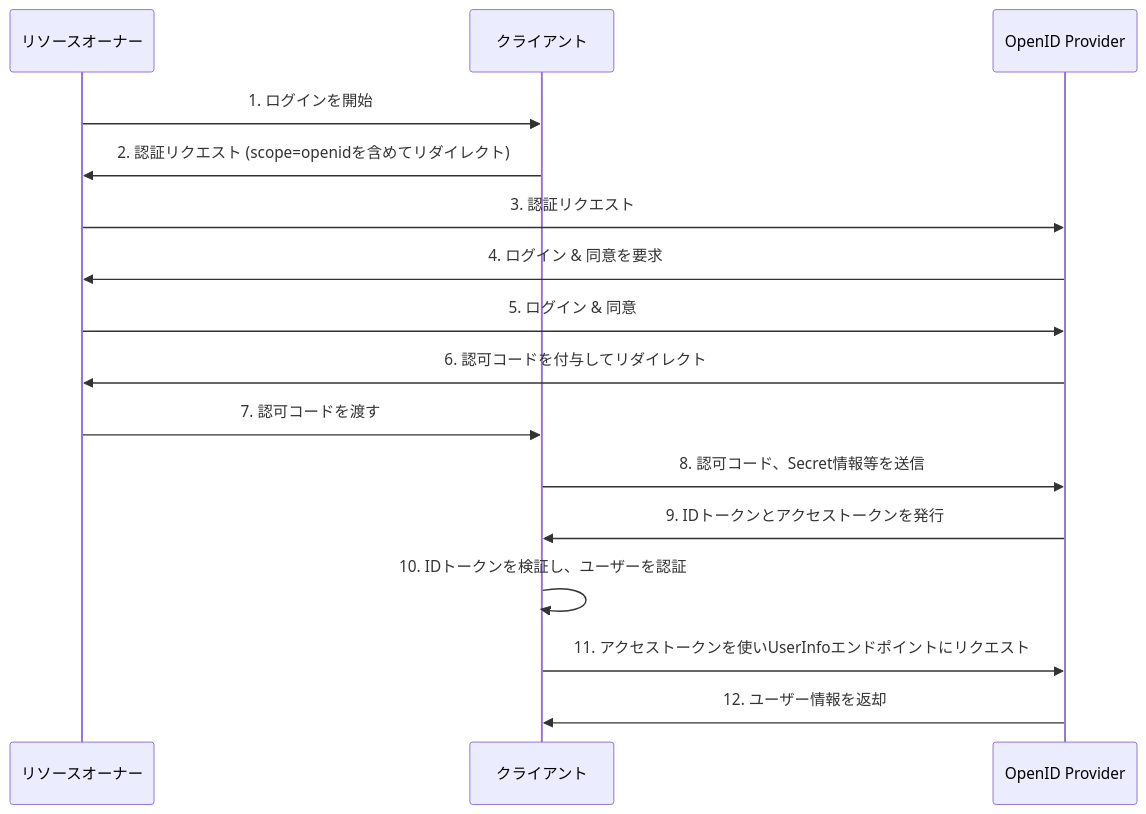
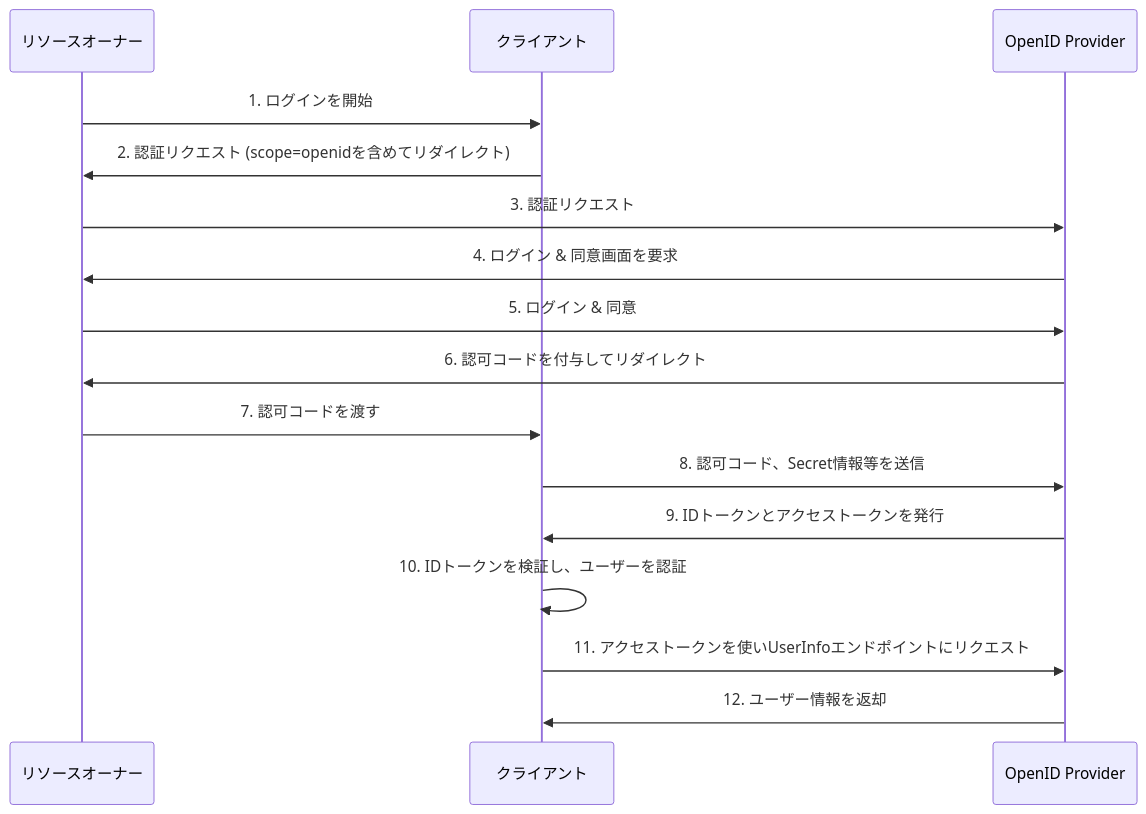
The diagram in 2025-11-05-auth/oidc.md (rikeda-cloud/po_study_group), drawn with Mermaid before and after one commit. The commit also changed other lines of this file and 1 other file, not shown here.

````diff
--- a/2025-11-05-auth/oidc.md
+++ b/2025-11-05-auth/oidc.md
@@ -44,22 +43,22 @@
 ```mermaid
 sequenceDiagram
     participant User as リソースオーナー
     participant Client as クライアント
     participant OP as OpenID Provider
 
     User->>Client: 1. ログインを開始
     Client->>User: 2. 認証リクエスト (scope=openidを含めてリダイレクト)
     User->>OP: 3. 認証リクエスト
-    OP->>User: 4. ログイン & 同意を要求
+    OP->>User: 4. ログイン & 同意画面を要求
     User->>OP: 5. ログイン & 同意
     OP->>User: 6. 認可コードを付与してリダイレクト
     User->>Client: 7. 認可コードを渡す
 
     Client->>OP: 8. 認可コード、Secret情報等を送信
     OP->>Client: 9. IDトークンとアクセストークンを発行
 
     Client->>Client: 10. IDトークンを検証し、ユーザーを認証
 
     Client->>OP: 11. アクセストークンを使いUserInfoエンドポイントにリクエスト
     OP->>Client: 12. ユーザー情報を返却
 ```
````
